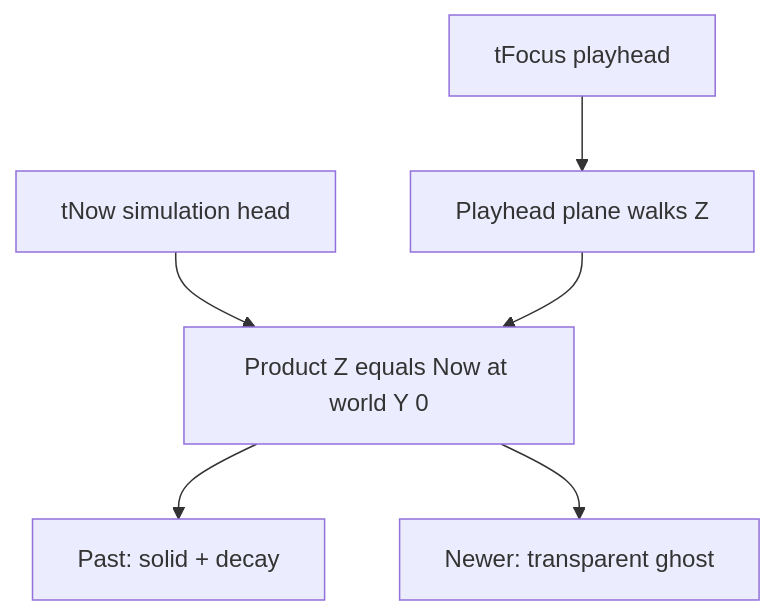
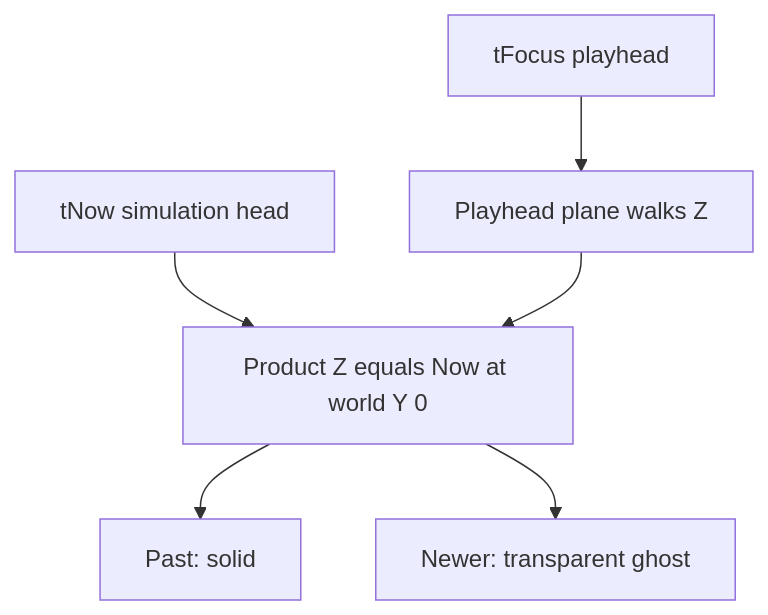
One commit to PiMaV/DONNER changed the tenth of 30 diagrams in architecture.md. Above: the diagram before and after it, drawn with Mermaid. The commit also changed other lines of this file and 28 other files, not shown here.

````diff
--- a/architecture.md
+++ b/architecture.md
@@ -199,12 +212,12 @@
 ```mermaid
 flowchart TB
   tNow[tNow simulation head]
   origin[Product Z equals Now at world Y 0]
   tFocus[tFocus playhead]
   plane[Playhead plane walks Z]
   tNow --> origin
   tFocus --> plane
   plane --> origin
-  origin --> below[Past: solid + decay]
+  origin --> below[Past: solid]
   origin --> above[Newer: transparent ghost]
 ```
````
